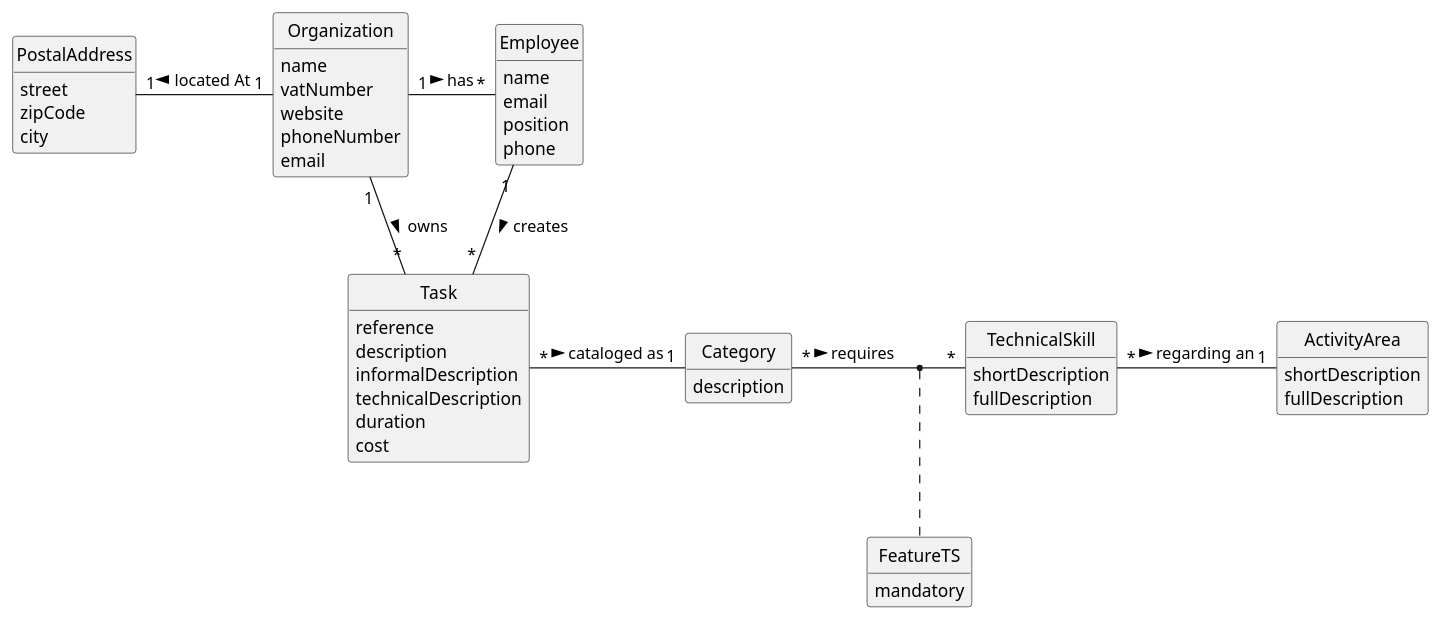
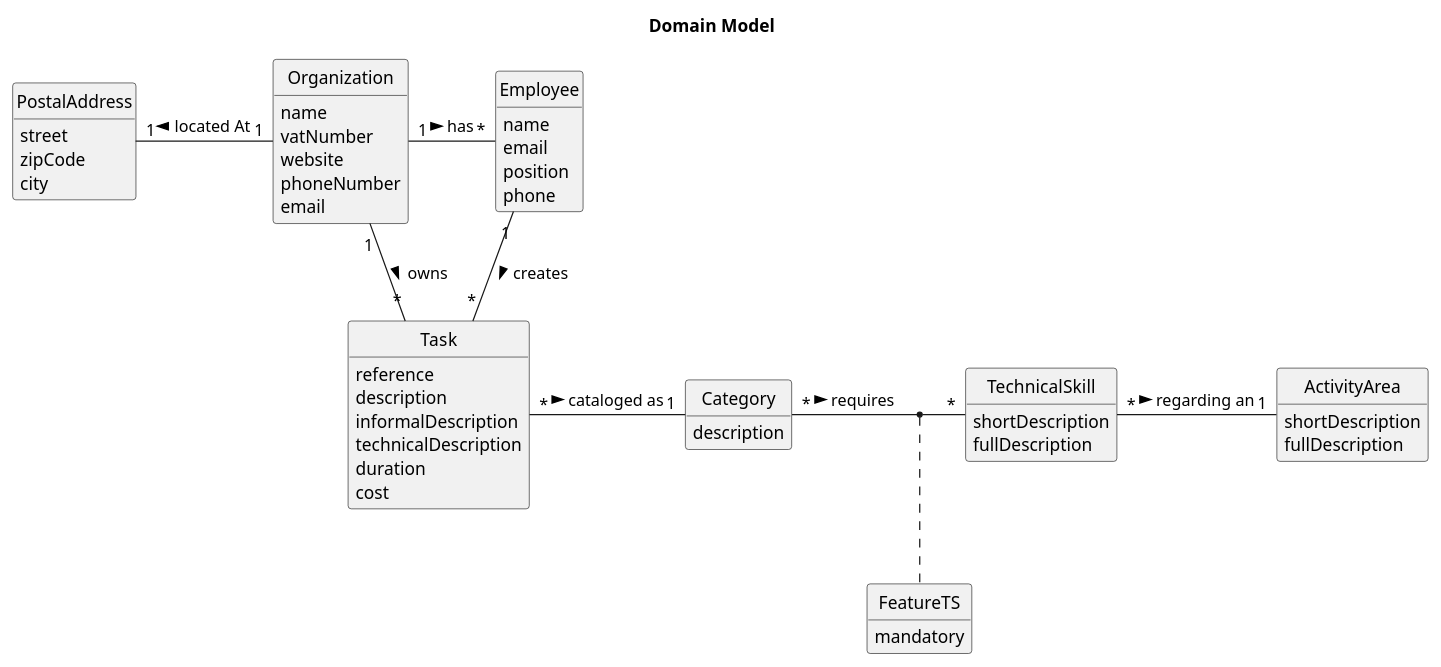
Before and after one commit to bruno-monteiro5/sem2-pi-24.25-g132-repo: the diagram in docs/system-documentation/global-artifacts/02.analysis/puml/DM.puml, drawn with PlantUML. The commit also changed 1 other file, not shown here.

```diff
--- a/docs/system-documentation/global-artifacts/02.analysis/puml/DM.puml
+++ b/docs/system-documentation/global-artifacts/02.analysis/puml/DM.puml
@@ -1,77 +1,76 @@
 @startuml
 skinparam monochrome true
 skinparam packageStyle rectangle
 skinparam shadowing false
 'skinparam linetype ortho
 'left to right direction
 skinparam classAttributeIconSize 0
 hide circle
 hide methods
-
-'title Domain Model
+title Domain Model
 
 class Organization {
     name
     vatNumber
     website
     phoneNumber
     email
 }
 
 class Task {
     reference
     description
     informalDescription
     technicalDescription
     duration
     cost
 }
 
 class Category {
     description
 }
 
 class Employee {
     name
     email
     position
     phone
 }
 
 class TechnicalSkill{
     shortDescription
     fullDescription
 }
 
 class ActivityArea{
     shortDescription
     fullDescription
 }
 
 class FeatureTS{
     mandatory
 }
 
 'class User {
 '    name
 '    email
 '    password
 '}
 class PostalAddress{
     street
     zipCode
     city
 }
 
 Organization "1" - "*" Employee : has >
 Organization "1" - "*" Task: owns >
 Employee "1" -- "*" Task : creates >
 Task "*" - "1" Category: cataloged as >
 TechnicalSkill "*" - "1" ActivityArea: regarding an >
 
 Category "*" - "*" TechnicalSkill :  requires >
 (Category, TechnicalSkill) . FeatureTS
 
 Organization "1" -left "1" PostalAddress : located At >
 
 @enduml
```
